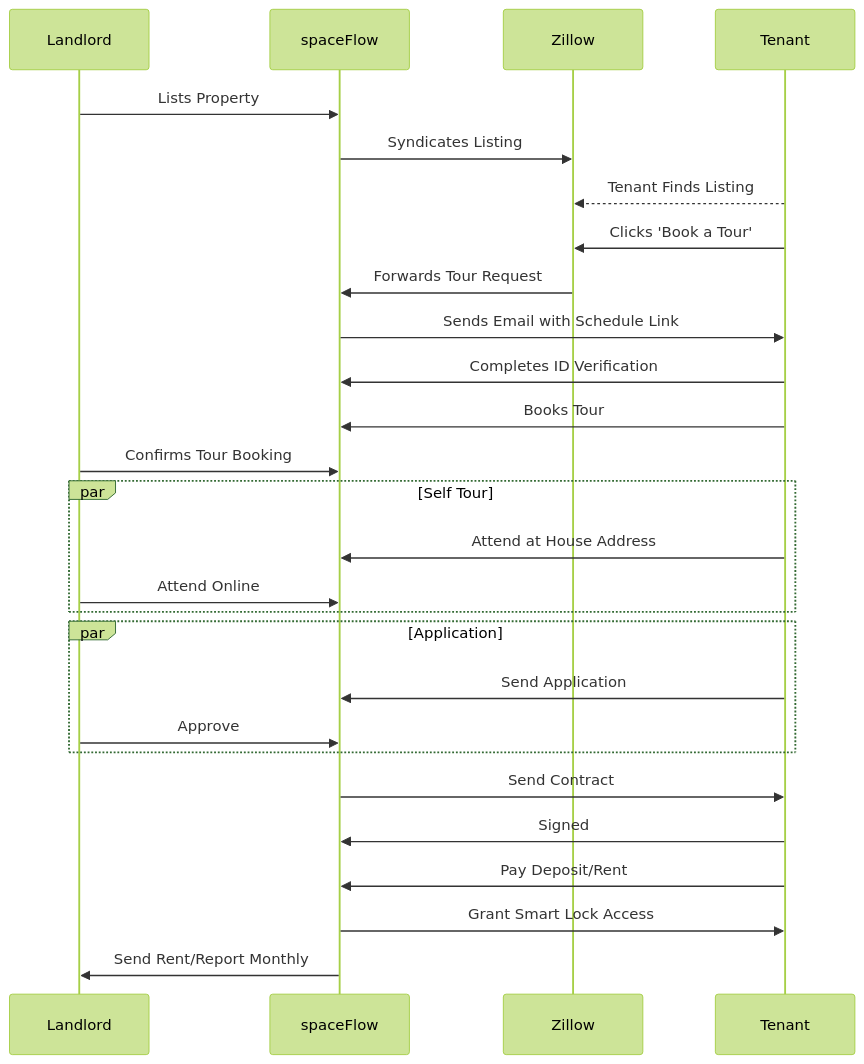
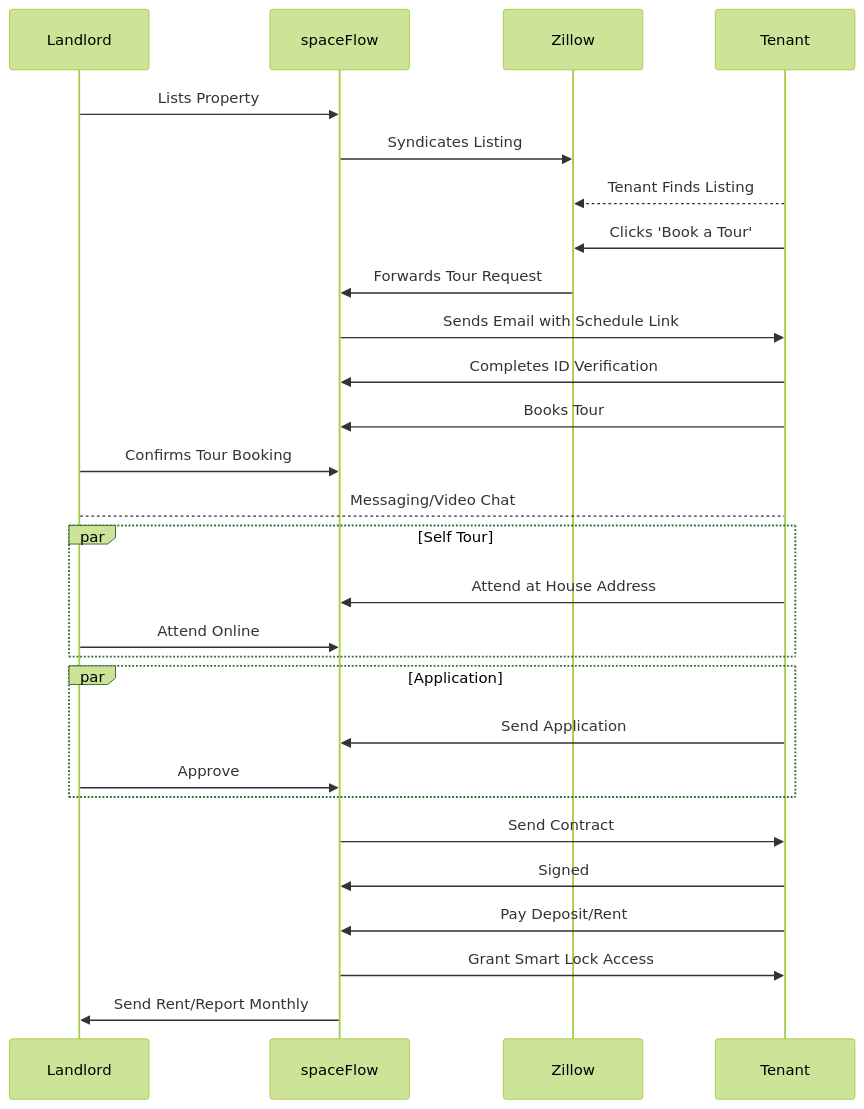
The first of 2 diagrams in profile/README.md (spaceFlow-US/.github), drawn with Mermaid (forest theme) before and after one commit.

````diff
--- a/profile/README.md
+++ b/profile/README.md
@@ -22,30 +22,31 @@
 ```mermaid
 sequenceDiagram
     participant Landlord
     participant spaceFlow
     participant Zillow
     participant Tenant
 
     Landlord->>spaceFlow: Lists Property
     spaceFlow->>Zillow: Syndicates Listing
     Tenant-->>Zillow: Tenant Finds Listing
     Tenant->>Zillow: Clicks 'Book a Tour'
     Zillow->>spaceFlow: Forwards Tour Request
     spaceFlow->>Tenant: Sends Email with Schedule Link
     Tenant->>spaceFlow: Completes ID Verification
     Tenant->>spaceFlow: Books Tour
     Landlord->>spaceFlow: Confirms Tour Booking
+    Landlord --> Tenant: Messaging/Video Chat
     par Self Tour
         Tenant->>spaceFlow: Attend at House Address
         Landlord->>spaceFlow: Attend Online
     end
     par Application
         Tenant->>spaceFlow: Send Application
         Landlord->>spaceFlow: Approve
     end
     spaceFlow->>Tenant: Send Contract
     Tenant->>spaceFlow: Signed
     Tenant->>spaceFlow: Pay Deposit/Rent
     spaceFlow->>Tenant: Grant Smart Lock Access
     spaceFlow->>Landlord: Send Rent/Report Monthly
 ```
````
